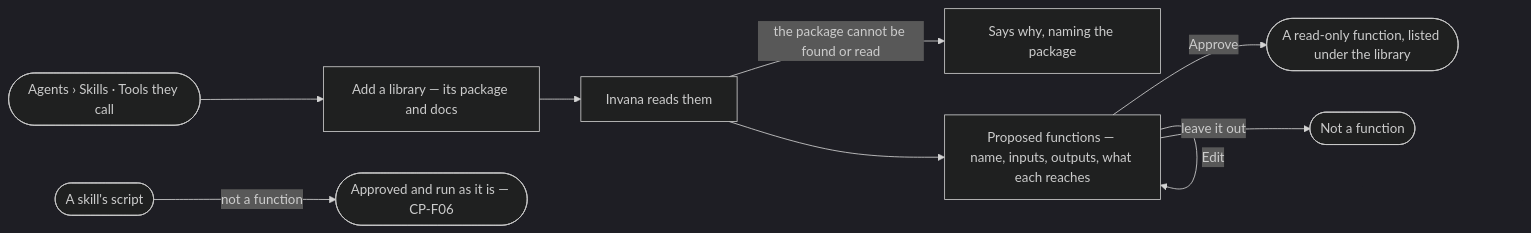
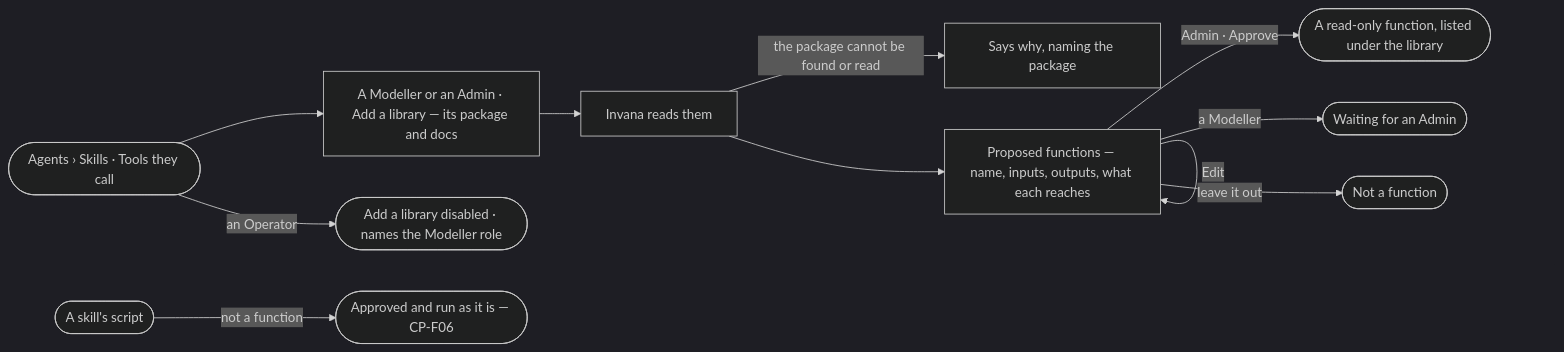
The diagram in specs/capabilities/agents/features/AG-F08-portable-agents-and-skills/stories/AG-40-turn-a-library-into-functions-an-admin-approves/story.md (invana/invana), drawn with Mermaid (dark theme) before and after one commit. The commit also changed other lines of this file and 300 other files, not shown here.

````diff
--- a/specs/capabilities/agents/features/AG-F08-portable-agents-and-skills/stories/AG-40-turn-a-library-into-functions-an-admin-approves/story.md
+++ b/specs/capabilities/agents/features/AG-F08-portable-agents-and-skills/stories/AG-40-turn-a-library-into-functions-an-admin-approves/story.md
@@ -27,11 +30,13 @@
 ```mermaid
 flowchart LR
-  a([Agents › Skills · Tools they call]) --> l["Add a library — its package and docs"]
+  a([Agents › Skills · Tools they call]) --> l["A Modeller or an Admin · Add a library — its package and docs"]
+  a -->|an Operator| na(["Add a library disabled · names the Modeller role"])
   l --> r["Invana reads them"]
   r -->|the package cannot be found or read| rx["Says why, naming the package"]
   r --> p["Proposed functions — name, inputs, outputs, what each reaches"]
   p -->|Edit| p
-  p -->|Approve| f(["A read-only function, listed under the library"])
+  p -->|Admin · Approve| f(["A read-only function, listed under the library"])
+  p -->|a Modeller| w(["Waiting for an Admin"])
   p -->|leave it out| o(["Not a function"])
   s([A skill's script]) -->|not a function| sc(["Approved and run as it is — CP-F06"])
 ```
````
